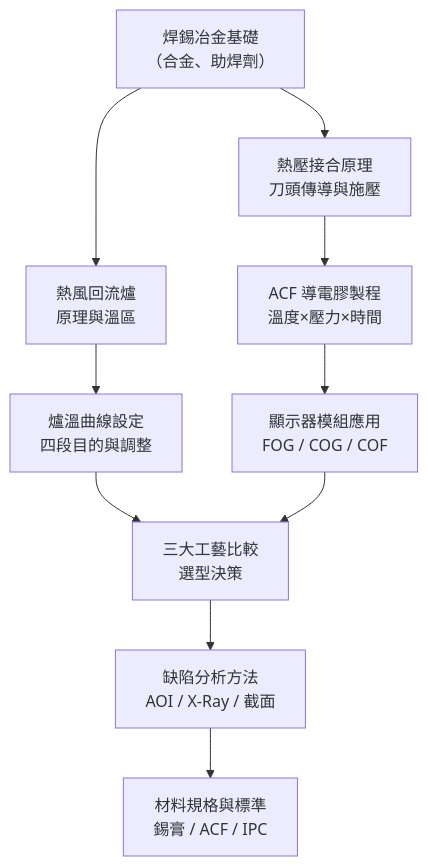
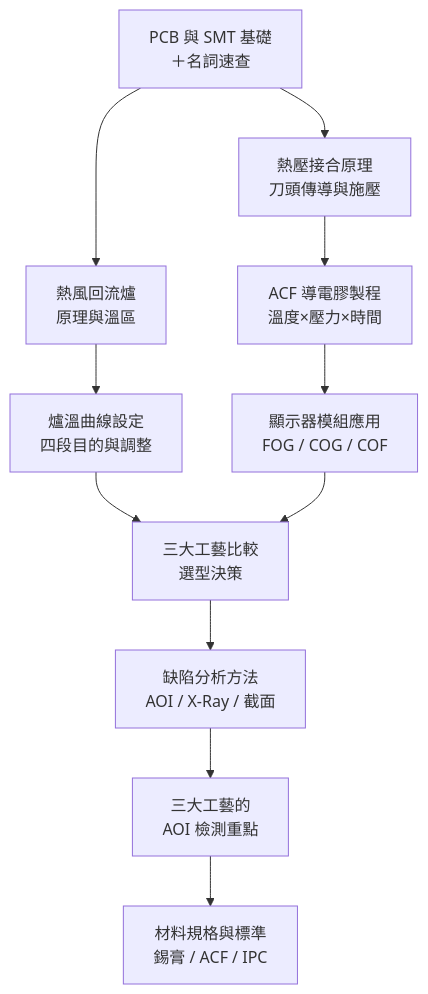
The diagram in docs/smt-bonding/README.md (wizardhsiehcom/book), drawn with Mermaid before and after one commit. The commit also changed other lines of this file and 15 other files, not shown here.

````diff
--- a/docs/smt-bonding/README.md
+++ b/docs/smt-bonding/README.md
@@ -17,12 +17,13 @@
 ```mermaid
 flowchart TD
-    A["焊錫冶金基礎\n（合金、助焊劑）"] --> B["熱風回流爐\n原理與溫區"]
-    B --> C["爐溫曲線設定\n四段目的與調整"]
-    A --> D["熱壓接合原理\n刀頭傳導與施壓"]
-    D --> E["ACF 導電膠製程\n溫度×壓力×時間"]
-    E --> F["顯示器模組應用\nFOG / COG / COF"]
-    C --> G["三大工藝比較\n選型決策"]
+    A["PCB 與 SMT 基礎<br/>＋名詞速查"] --> B["熱風回流爐<br/>原理與溫區"]
+    B --> C["爐溫曲線設定<br/>四段目的與調整"]
+    A --> D["熱壓接合原理<br/>刀頭傳導與施壓"]
+    D --> E["ACF 導電膠製程<br/>溫度×壓力×時間"]
+    E --> F["顯示器模組應用<br/>FOG / COG / COF"]
+    C --> G["三大工藝比較<br/>選型決策"]
     F --> G
-    G --> H["缺陷分析方法\nAOI / X-Ray / 截面"]
-    H --> I["材料規格與標準\n錫膏 / ACF / IPC"]
+    G --> H["缺陷分析方法<br/>AOI / X-Ray / 截面"]
+    H --> J["三大工藝的<br/>AOI 檢測重點"]
+    J --> I["材料規格與標準<br/>錫膏 / ACF / IPC"]
 ```
````
